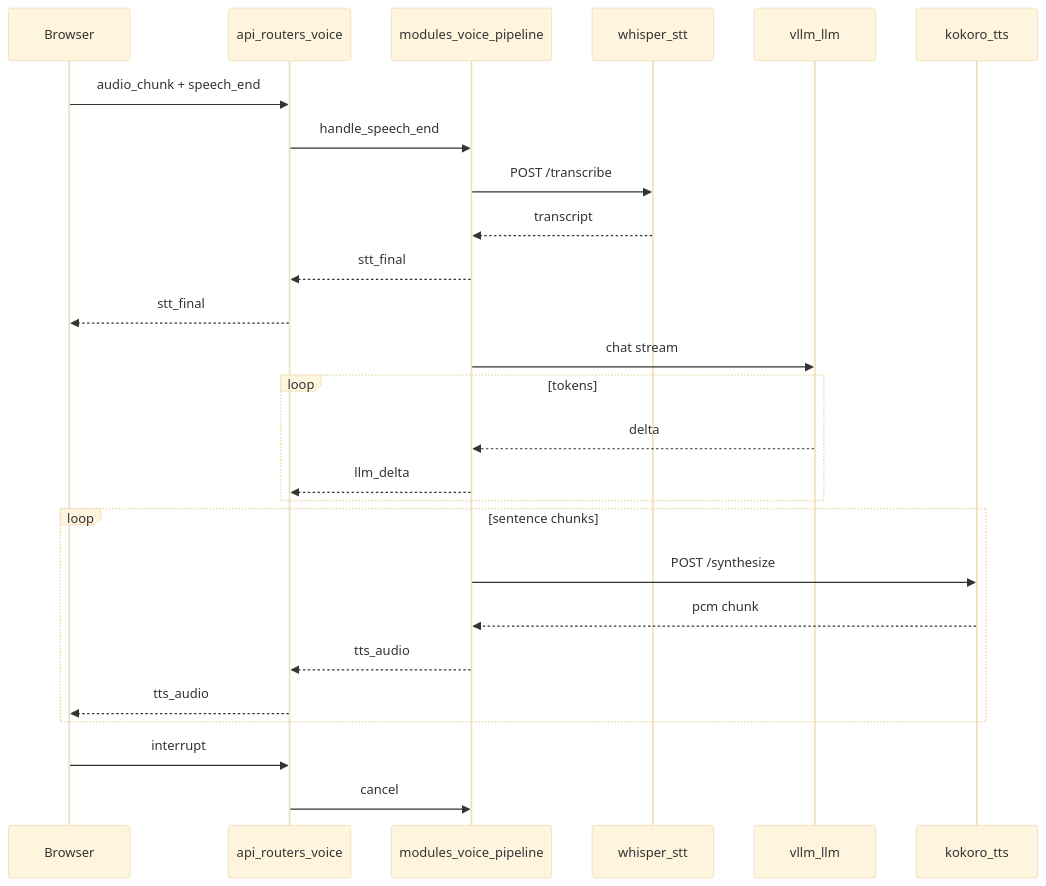
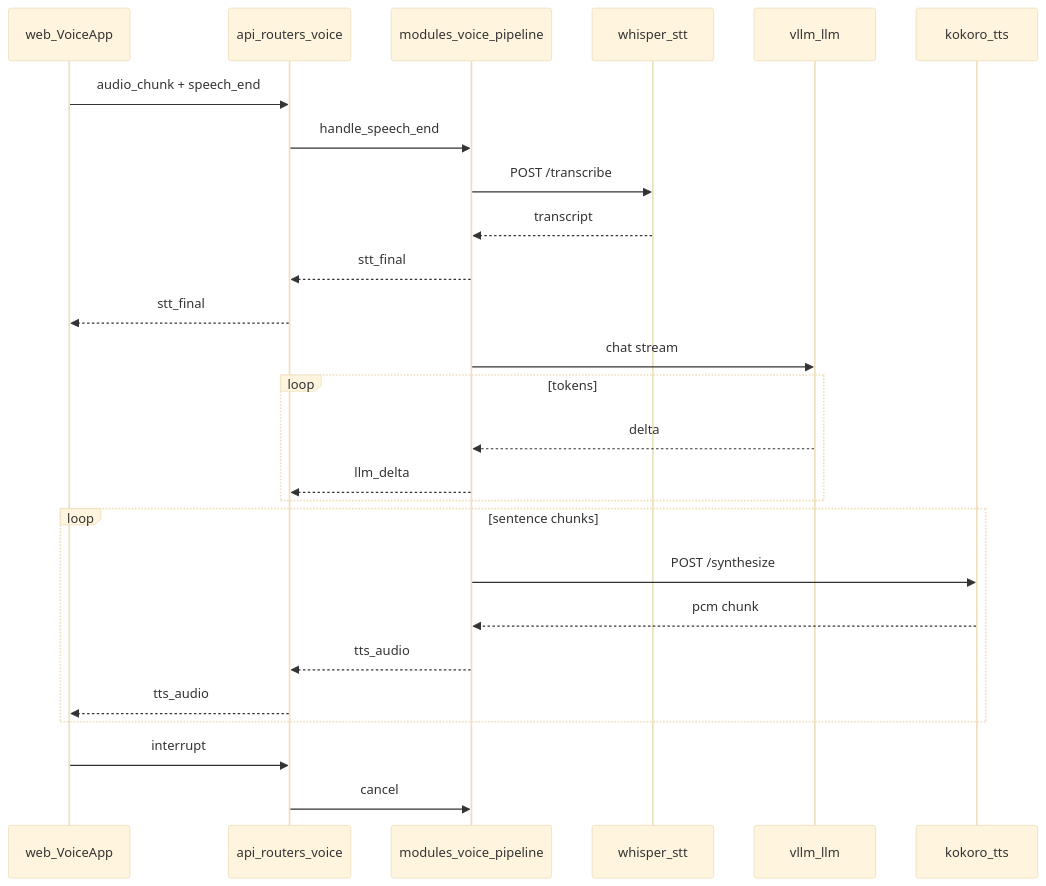
Before and after one commit to mhdrezky/neomyth: the diagram in docs/neomyth-voice/architecture.md, drawn with Mermaid (base theme). The commit also changed other lines of this file and 48 other files, not shown here.

````diff
--- a/docs/neomyth-voice/architecture.md
+++ b/docs/neomyth-voice/architecture.md
@@ -7,29 +7,29 @@
 ```mermaid
 sequenceDiagram
-    participant Browser
+    participant Web as web_VoiceApp
     participant API as api_routers_voice
     participant Pipe as modules_voice_pipeline
     participant STT as whisper_stt
     participant LLM as vllm_llm
     participant TTS as kokoro_tts
 
-    Browser->>API: audio_chunk + speech_end
+    Web->>API: audio_chunk + speech_end
     API->>Pipe: handle_speech_end
     Pipe->>STT: POST /transcribe
     STT-->>Pipe: transcript
     Pipe-->>API: stt_final
-    API-->>Browser: stt_final
+    API-->>Web: stt_final
     Pipe->>LLM: chat stream
     loop tokens
         LLM-->>Pipe: delta
         Pipe-->>API: llm_delta
     end
     loop sentence chunks
         Pipe->>TTS: POST /synthesize
         TTS-->>Pipe: pcm chunk
         Pipe-->>API: tts_audio
-        API-->>Browser: tts_audio
+        API-->>Web: tts_audio
     end
-    Browser->>API: interrupt
+    Web->>API: interrupt
     API->>Pipe: cancel
 ```
````
